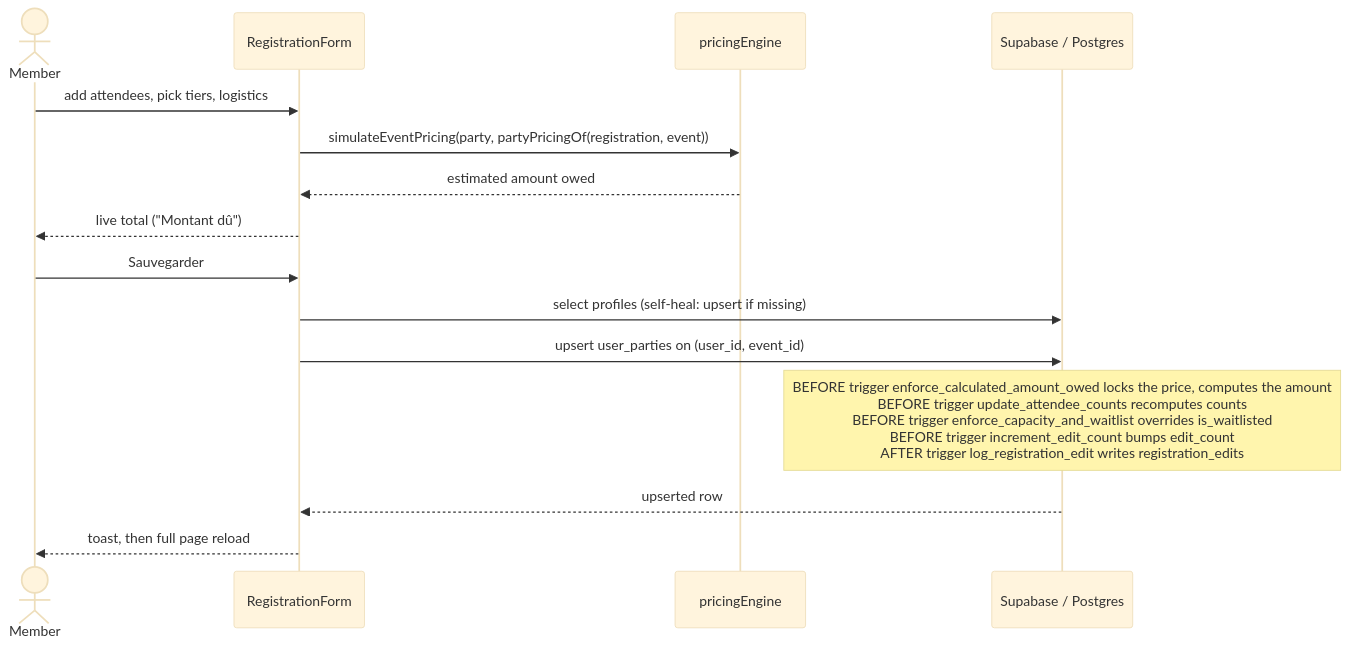
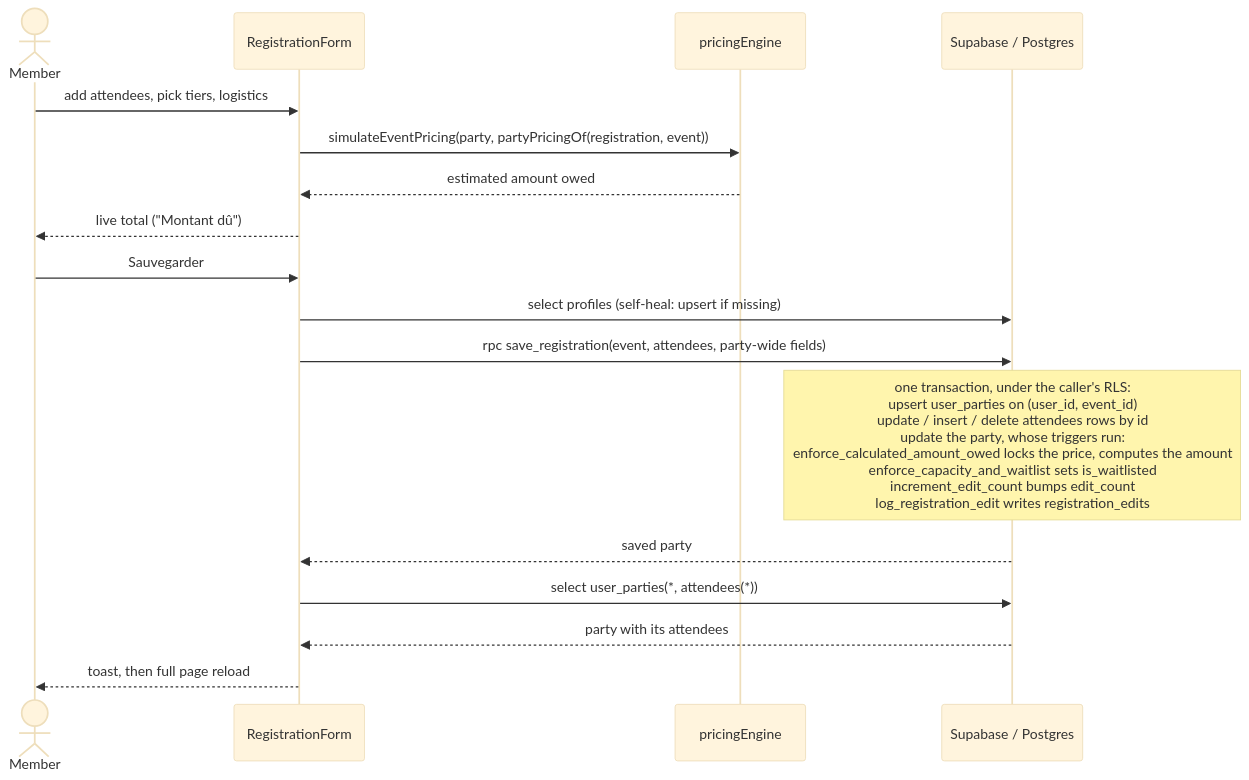
One commit to YULmix/yulmix-la-bedaine changed the third of 5 diagrams in docs/02-architecture.md. Above: the diagram before and after it, drawn with Mermaid (base theme). The commit also changed other lines of this file and 25 other files, not shown here.

````diff
--- a/docs/02-architecture.md
+++ b/docs/02-architecture.md
@@ -101,18 +101,20 @@
 ```mermaid
 sequenceDiagram
   actor U as Member
   participant RF as RegistrationForm
   participant PE as pricingEngine
   participant PG as Supabase / Postgres
 
   U->>RF: add attendees, pick tiers, logistics
   RF->>PE: simulateEventPricing(party, partyPricingOf(registration, event))
   PE-->>RF: estimated amount owed
   RF-->>U: live total ("Montant dû")
   U->>RF: Sauvegarder
   RF->>PG: select profiles (self-heal: upsert if missing)
-  RF->>PG: upsert user_parties on (user_id, event_id)
-  Note over PG: BEFORE trigger enforce_calculated_amount_owed locks the price, computes the amount<br/>BEFORE trigger update_attendee_counts recomputes counts<br/>BEFORE trigger enforce_capacity_and_waitlist overrides is_waitlisted<br/>BEFORE trigger increment_edit_count bumps edit_count<br/>AFTER trigger log_registration_edit writes registration_edits
-  PG-->>RF: upserted row
+  RF->>PG: rpc save_registration(event, attendees, party-wide fields)
+  Note over PG: one transaction, under the caller's RLS:<br/>upsert user_parties on (user_id, event_id)<br/>update / insert / delete attendees rows by id<br/>update the party, whose triggers run:<br/>enforce_calculated_amount_owed locks the price, computes the amount<br/>enforce_capacity_and_waitlist sets is_waitlisted<br/>increment_edit_count bumps edit_count<br/>log_registration_edit writes registration_edits
+  PG-->>RF: saved party
+  RF->>PG: select user_parties(*, attendees(*))
+  PG-->>RF: party with its attendees
   RF-->>U: toast, then full page reload
 ```
````
